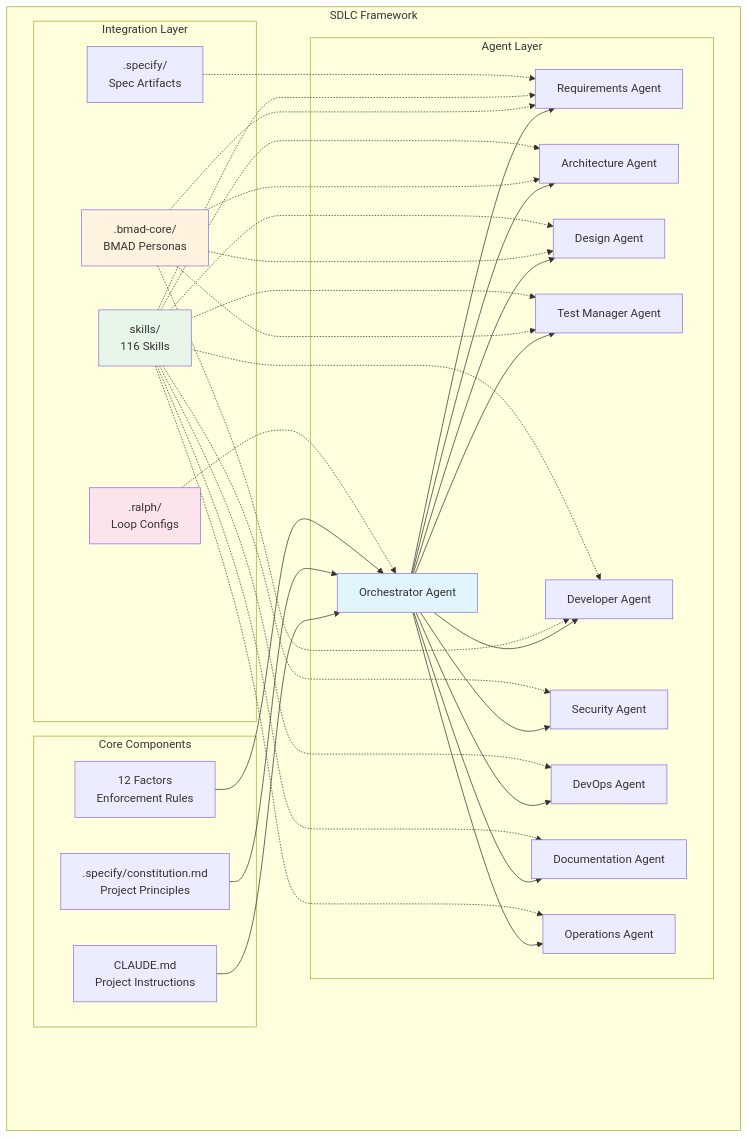
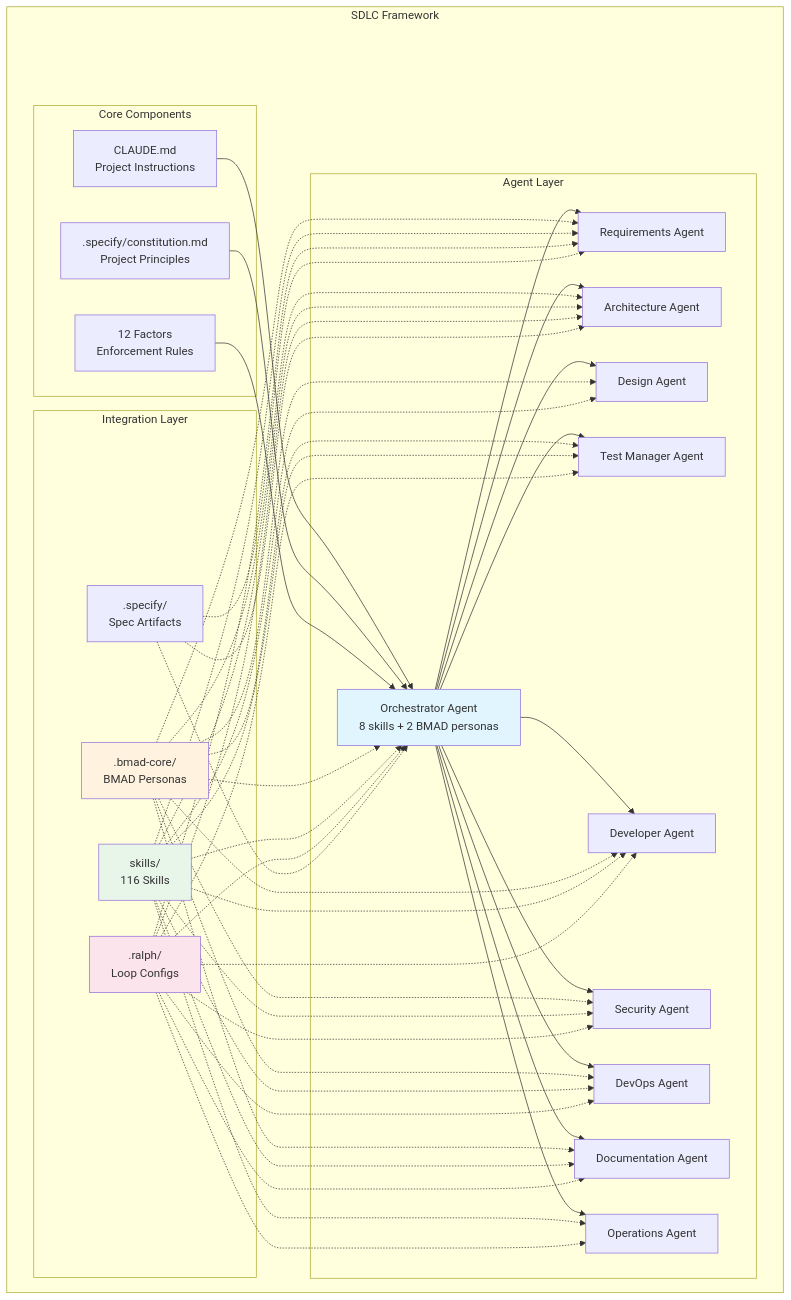
The first of 5 diagrams in README.md (vihang-hub/Integrated-SDLC-framework), drawn with Mermaid before and after one commit.

Commit message:
docs: fix architecture diagram to show correct integrations
- Orchestrator now shows connection to BMAD, Skills, Spec Kit
- Added label showing Orchestrator has 8 skills + 2 BMAD personas
- All agents now show Ralph Wiggum connections (autonomous loops)
- Spec Kit connects to Orchestrator, Requirements, and Architecture
- BMAD connects to all agents except Operations (no persona)

```diff
--- a/README.md
+++ b/README.md
@@ -41,7 +41,7 @@
         end
 
         subgraph "Agent Layer"
-            ORCH[Orchestrator Agent]
+            ORCH[Orchestrator Agent<br/>8 skills + 2 BMAD personas]
             REQ[Requirements Agent]
             ARCH[Architecture Agent]
             DES[Design Agent]
@@ -74,12 +74,17 @@
         ORCH --> DOC
         ORCH --> MON
 
+        BMAD -.-> ORCH
         BMAD -.-> REQ
         BMAD -.-> ARCH
         BMAD -.-> DES
         BMAD -.-> TEST
         BMAD -.-> DEV
+        BMAD -.-> SEC
+        BMAD -.-> OPS
+        BMAD -.-> DOC
 
+        SKILLS -.-> ORCH
         SKILLS -.-> REQ
         SKILLS -.-> ARCH
         SKILLS -.-> DES
@@ -91,7 +96,18 @@
         SKILLS -.-> MON
 
         RALPH -.-> ORCH
+        RALPH -.-> REQ
+        RALPH -.-> ARCH
+        RALPH -.-> DEV
+        RALPH -.-> TEST
+        RALPH -.-> SEC
+        RALPH -.-> OPS
+        RALPH -.-> DOC
+        RALPH -.-> MON
+
+        SPECKIT -.-> ORCH
         SPECKIT -.-> REQ
+        SPECKIT -.-> ARCH
     end
 
     style ORCH fill:#e1f5fe
```
